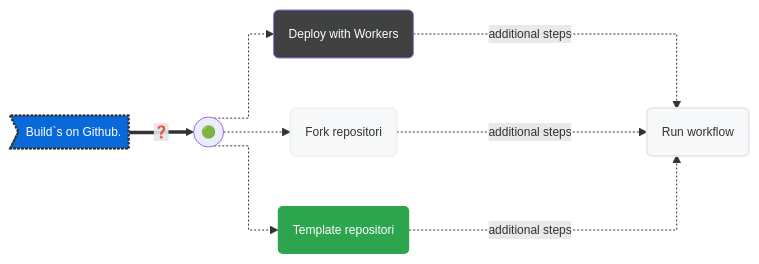
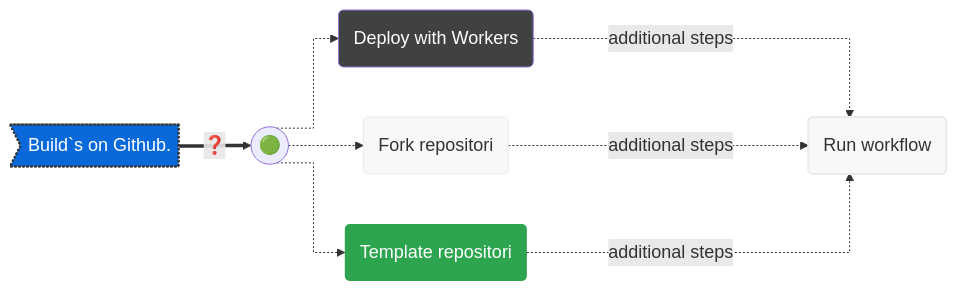
Before and after one commit to milankomaj/dev-badge: the diagram in README.md, drawn with Mermaid.

````diff
--- a/README.md
+++ b/README.md
@@ -12,24 +12,24 @@
 ```mermaid
-%%{init: {'theme': 'default', 'themeVariables': { 'fontSize': '12px'}}}%%
+%%{init: {'theme': 'default', 'themeVariables': { 'fontSize': '18px'}}}%%
 %%{ init: { 'flowchart': { 'curve': 'stepAfter' } } }%%
 flowchart LR
 
 A>Build`s on Github.] ==>|"#10067;"| B
 B(("🟢")) .->C("Deploy with Workers")
 B(("🟢")) .->D("Fork repositori")
 B(("🟢")) .->E("Template repositori")
 C & D & E -...->|additional steps| F("Run workflow") 
 
 style F fill:#f6f8fa,stroke:#333,stroke-width:2px
 style C fill:#404242,color:#fefefe
 style D fill:#f6f8fa,stroke:#e9eaec
 style E fill:#2da44e,stroke-width:0px,color:#ffffff
 style F fill:#f6f8fa,stroke:#e9eaec
 style A fill:#0969da,stroke:#333,stroke-width:2px,color:#fff,stroke-dasharray: 2 2
 
 click A "https://github.com/milankomaj/dev-badge"
 click D "https://github.com/milankomaj/dev-badge/fork"
 click E "https://github.com/milankomaj/dev-badge/generate"
 
 
 ```
````
